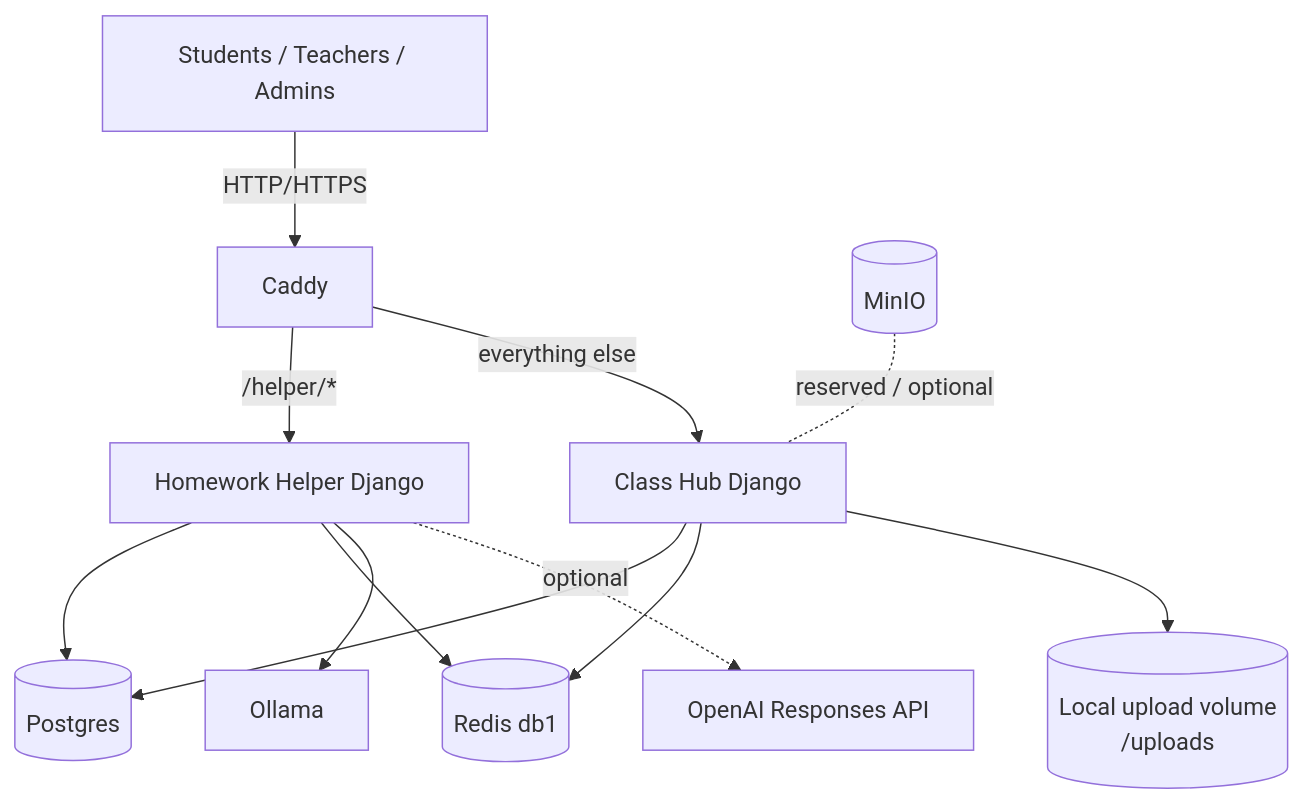
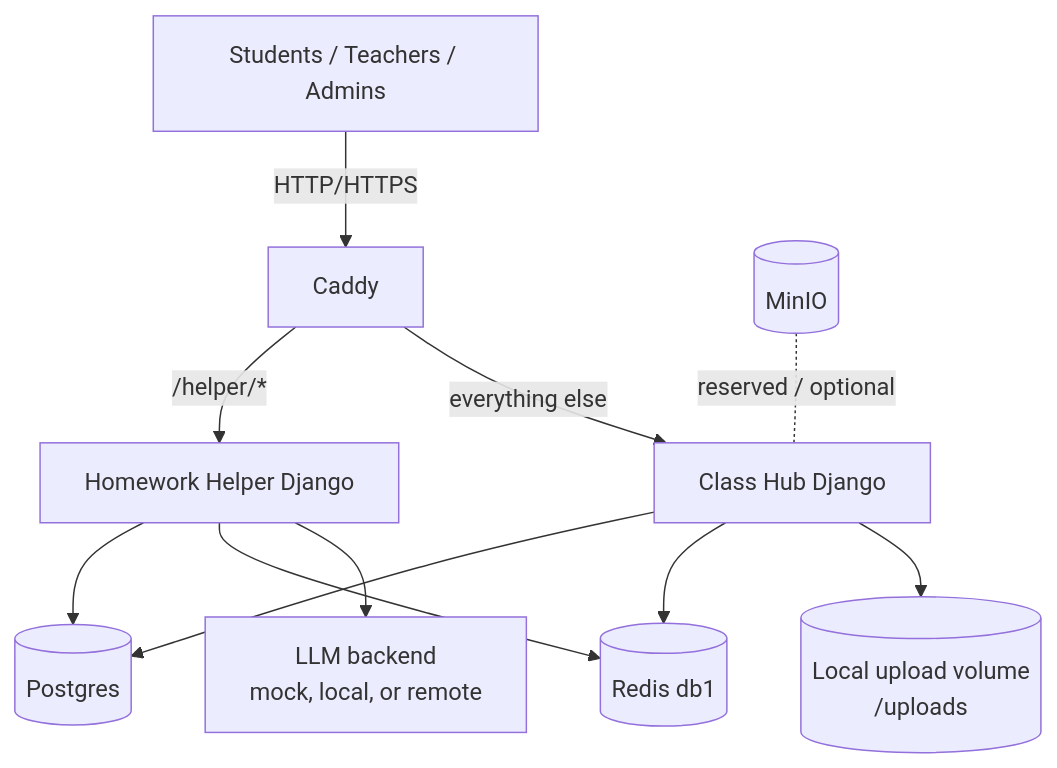
The first of 4 diagrams in docs/ARCHITECTURE.md (bseverns/classhub), drawn with Mermaid before and after one commit. The commit also changed other lines of this file and 2 other files, not shown here.

Commit message:
Correct architecture/privacy diagrams and scale Map C

````diff
--- a/docs/ARCHITECTURE.md
+++ b/docs/ARCHITECTURE.md
@@ -10,17 +10,16 @@
 ```mermaid
 flowchart TD
   U[Students / Teachers / Admins] -->|HTTP/HTTPS| C[Caddy]
   C -->|/helper/*| H[Homework Helper Django]
   C -->|everything else| W[Class Hub Django]
 
   W --> P[(Postgres)]
   H --> P
   W --> R[(Redis db0)]
   H --> R[(Redis db1)]
 
   W --> F[(Local upload volume<br/>/uploads)]
-  H --> O[Ollama]
-  H -. optional .-> A[OpenAI Responses API]
+  H --> L[LLM backend<br/>mock, local, or remote]
 
   M[(MinIO)] -. reserved / optional .- W
 ```
````
